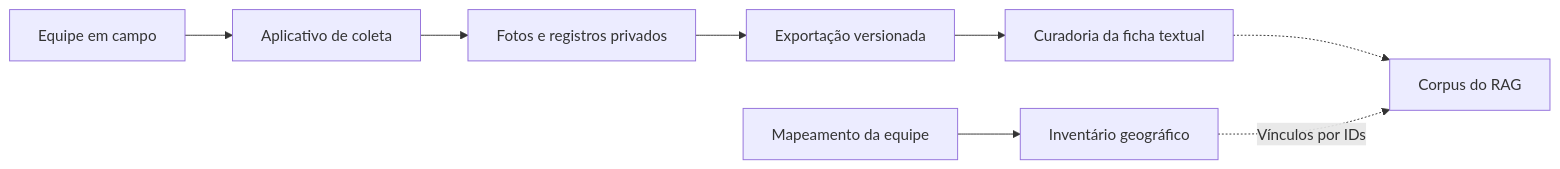
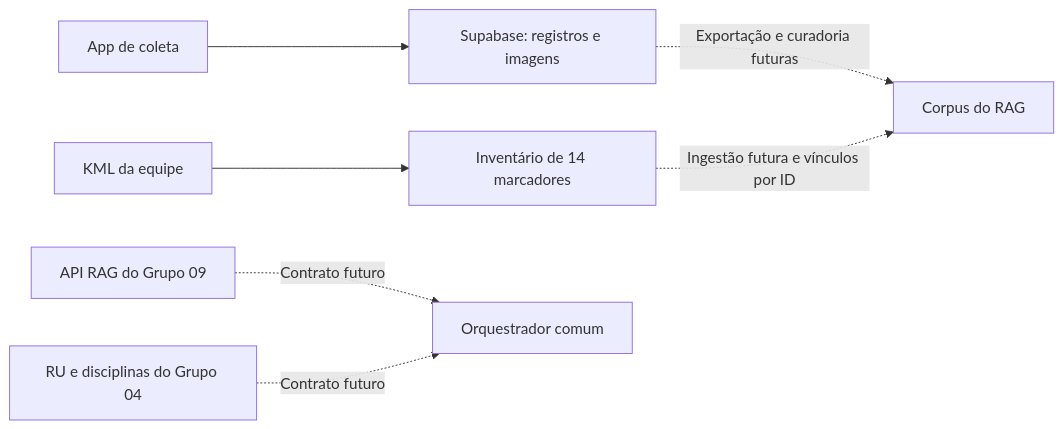
Before and after one commit to Muniz2811/residencia-grupo-9: the third of 3 diagrams in docs/entrega-2/arquitetura.md, drawn with Mermaid. The commit also changed other lines of this file and 39 other files, not shown here.

````diff
--- a/docs/entrega-2/arquitetura.md
+++ b/docs/entrega-2/arquitetura.md
@@ -46,10 +90,9 @@
 ```mermaid
 flowchart LR
-    USER[Equipe em campo] --> APP[Aplicativo de coleta]
-    APP --> STORE[Fotos e registros privados]
-    STORE --> SNAP[Exportação versionada]
-    SNAP --> REVIEW[Curadoria da ficha textual]
-    REVIEW -.-> CORPUS[Corpus do RAG]
-    MAP[Mapeamento da equipe] --> GEO[Inventário geográfico]
-    GEO -. Vínculos por IDs .-> CORPUS
+  A[App de coleta] --> S[Supabase: registros e imagens]
+  S -. Exportação e curadoria futuras .-> C[Corpus do RAG]
+  K[KML da equipe] --> M[Inventário de 14 marcadores]
+  M -. Ingestão futura e vínculos por ID .-> C
+  G[API RAG do Grupo 09] -. Contrato futuro .-> O[Orquestrador comum]
+  R[RU e disciplinas do Grupo 04] -. Contrato futuro .-> O
 ```
````
